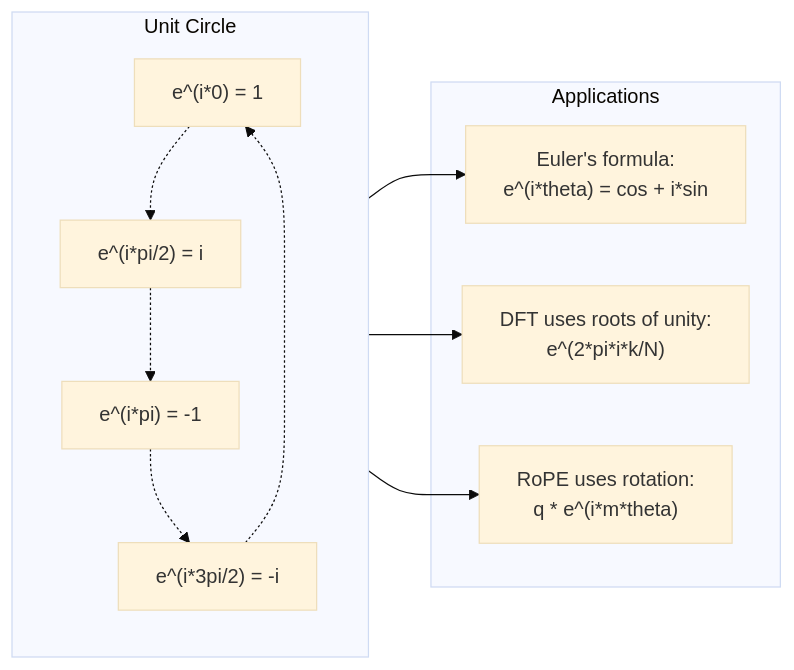
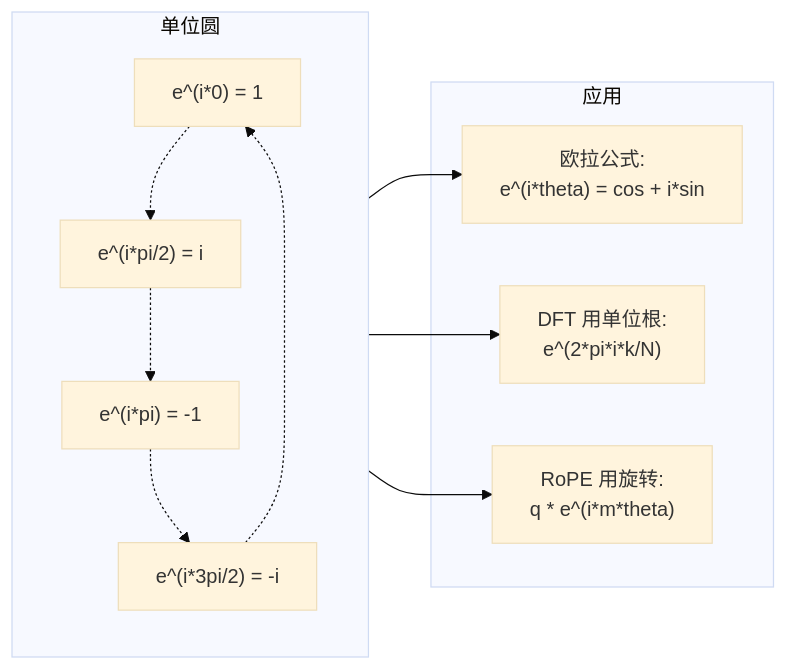
Before and after one commit to alessandrodinisio-ai/ai-engineering-learning-framework: the second of 2 diagrams in phases/01-math-foundations/19-complex-numbers/docs/zh.md, drawn with Mermaid (base theme). The commit also changed other lines of this file and 120 other files, not shown here.

First line of the commit message:
i18n(mermaid): 337 个 mermaid 图表标签中文化

````diff
--- a/phases/01-math-foundations/19-complex-numbers/docs/zh.md
+++ b/phases/01-math-foundations/19-complex-numbers/docs/zh.md
@@ -251,18 +251,18 @@
 ```mermaid
 graph LR
-    subgraph "Unit Circle"
+    subgraph "单位圆"
         direction TB
         U1["e^(i*0) = 1"] -.-> U2["e^(i*pi/2) = i"]
         U2 -.-> U3["e^(i*pi) = -1"]
         U3 -.-> U4["e^(i*3pi/2) = -i"]
         U4 -.-> U1
     end
-    subgraph "Applications"
-        A1["Euler's formula:<br/>e^(i*theta) = cos + i*sin"]
-        A2["DFT uses roots of unity:<br/>e^(2*pi*i*k/N)"]
-        A3["RoPE uses rotation:<br/>q * e^(i*m*theta)"]
+    subgraph "应用"
+        A1["欧拉公式:<br/>e^(i*theta) = cos + i*sin"]
+        A2["DFT 用单位根:<br/>e^(2*pi*i*k/N)"]
+        A3["RoPE 用旋转:<br/>q * e^(i*m*theta)"]
     end
     U1 --> A1
     U1 --> A2
     U1 --> A3
 ```
````
